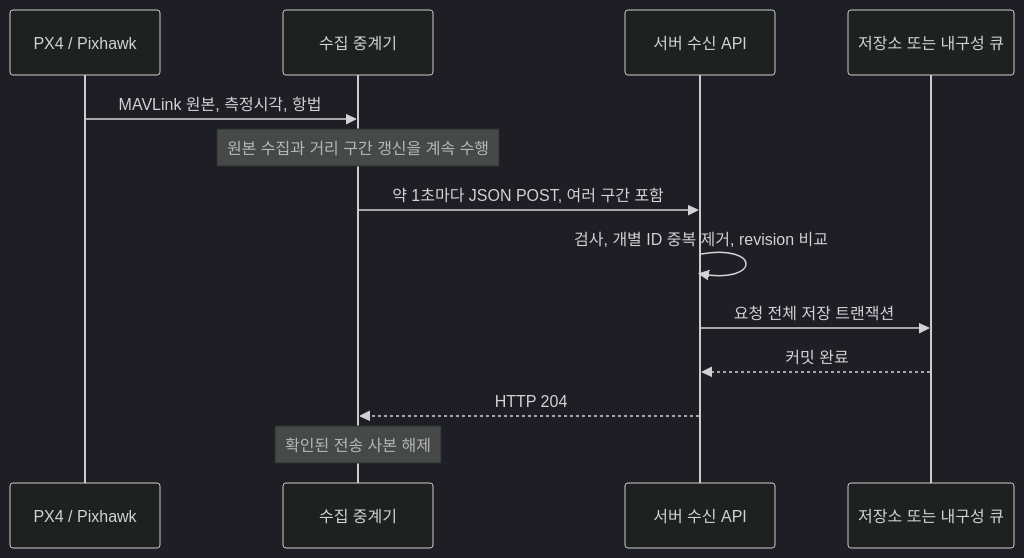
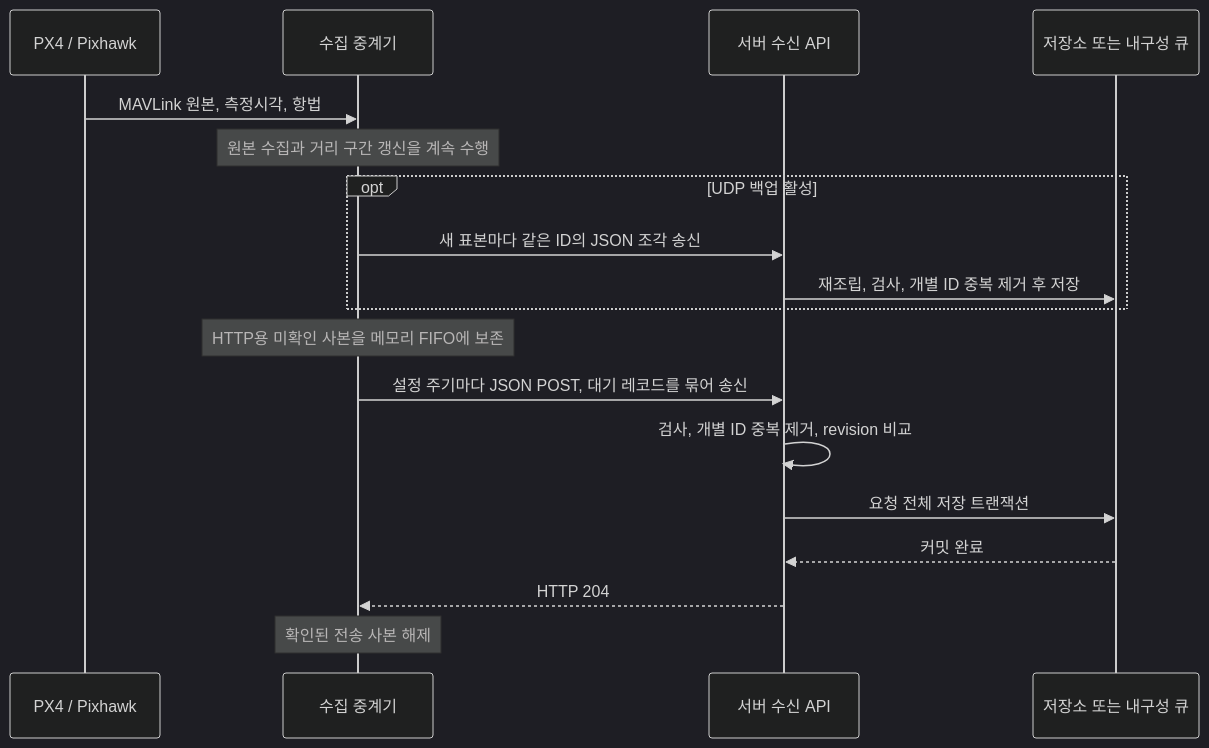
Before and after one commit to VIPSfef/HyRUS_EnvData_Router: the diagram in docs/SERVER_API.md, drawn with Mermaid (dark theme). The commit also changed other lines of this file and 142 other files, not shown here.

````diff
--- a/docs/SERVER_API.md
+++ b/docs/SERVER_API.md
@@ -23,15 +54,20 @@
 ```mermaid
 sequenceDiagram
     participant P as PX4 / Pixhawk
     participant R as 수집 중계기
     participant S as 서버 수신 API
     participant D as 저장소 또는 내구성 큐
     P->>R: MAVLink 원본, 측정시각, 항법
     Note over R: 원본 수집과 거리 구간 갱신을 계속 수행
-    R->>S: 약 1초마다 JSON POST, 여러 구간 포함
+    opt UDP 백업 활성
+        R->>S: 새 표본마다 같은 ID의 JSON 조각 송신
+        S->>D: 재조립, 검사, 개별 ID 중복 제거 후 저장
+    end
+    Note over R: HTTP용 미확인 사본을 메모리 FIFO에 보존
+    R->>S: 설정 주기마다 JSON POST, 대기 레코드를 묶어 송신
     S->>S: 검사, 개별 ID 중복 제거, revision 비교
     S->>D: 요청 전체 저장 트랜잭션
     D-->>S: 커밋 완료
     S-->>R: HTTP 204
     Note over R: 확인된 전송 사본 해제
 ```
````
